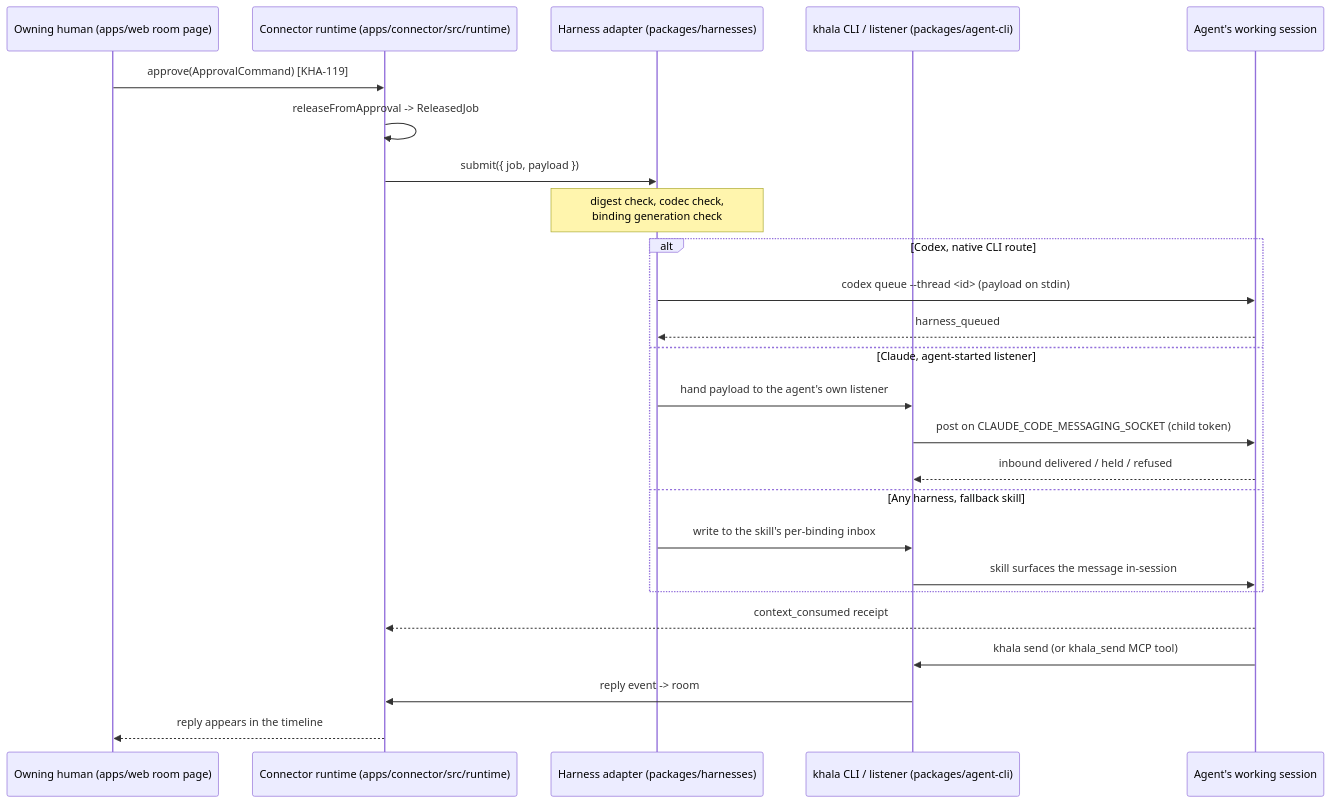
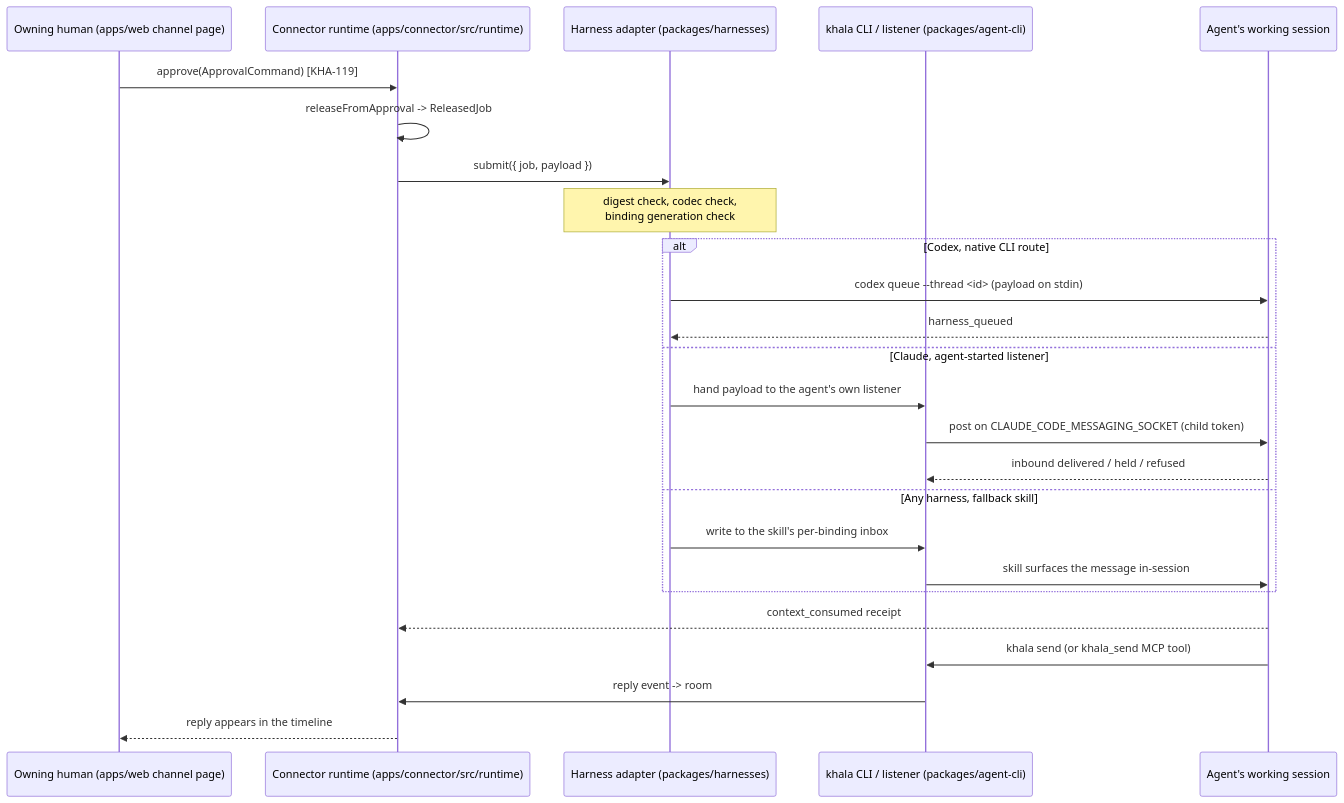
The first of 2 diagrams in docs/plans/2026-09-18-kha-145-native-agent-surface-plan.md (aiur-team/khala), drawn with Mermaid before and after one commit. The commit also changed other lines of this file and 211 other files, not shown here.

````diff
--- a/docs/plans/2026-09-18-kha-145-native-agent-surface-plan.md
+++ b/docs/plans/2026-09-18-kha-145-native-agent-surface-plan.md
@@ -181,28 +181,28 @@
 ```mermaid
 sequenceDiagram
-    participant H as Owning human (apps/web room page)
+    participant H as Owning human (apps/web channel page)
     participant C as Connector runtime (apps/connector/src/runtime)
     participant A as Harness adapter (packages/harnesses)
     participant K as khala CLI / listener (packages/agent-cli)
     participant S as Agent's working session
 
     H->>C: approve(ApprovalCommand)  [KHA-119]
     C->>C: releaseFromApproval -> ReleasedJob
     C->>A: submit({ job, payload })
     Note over A: digest check, codec check,<br/>binding generation check
     alt Codex, native CLI route
         A->>S: codex queue --thread <id> (payload on stdin)
         S-->>A: harness_queued
     else Claude, agent-started listener
         A->>K: hand payload to the agent's own listener
         K->>S: post on CLAUDE_CODE_MESSAGING_SOCKET (child token)
         S-->>K: inbound delivered / held / refused
     else Any harness, fallback skill
         A->>K: write to the skill's per-binding inbox
         K->>S: skill surfaces the message in-session
     end
     S-->>C: context_consumed receipt
     S->>K: khala send (or khala_send MCP tool)
     K->>C: reply event -> room
     C-->>H: reply appears in the timeline
 ```
````
